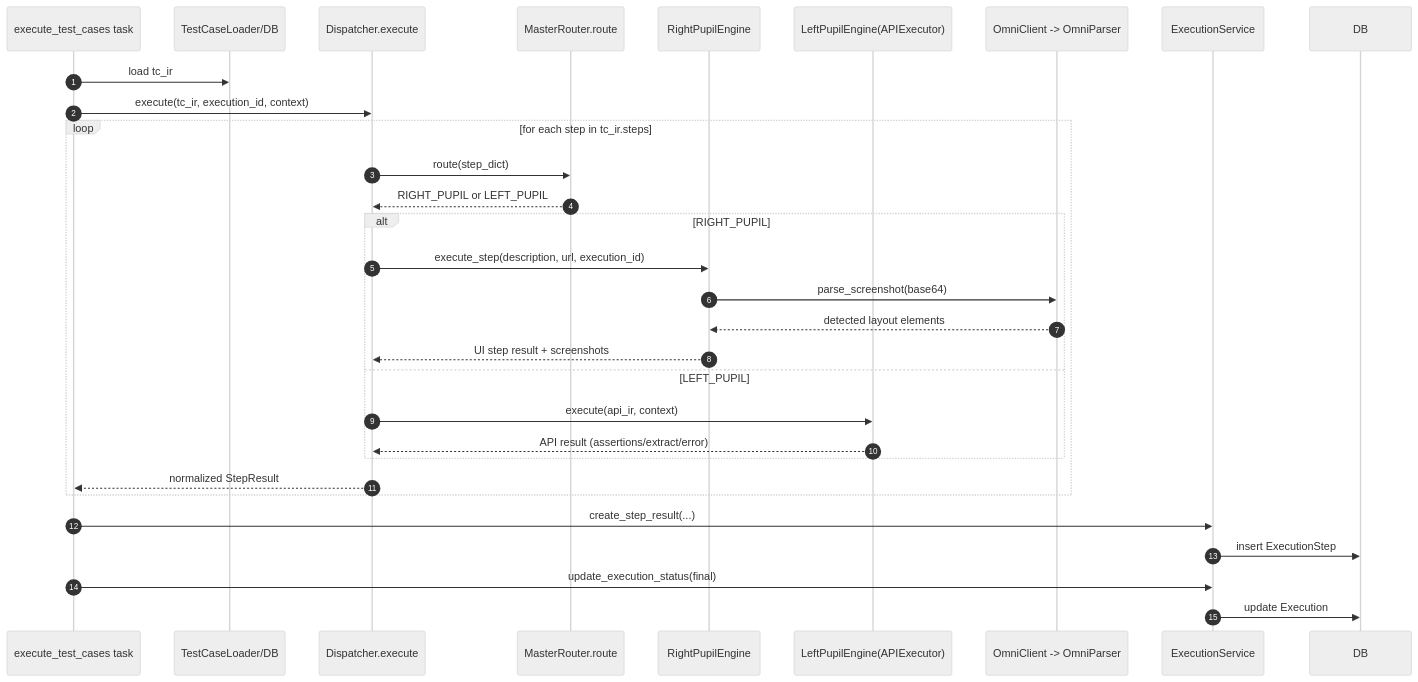
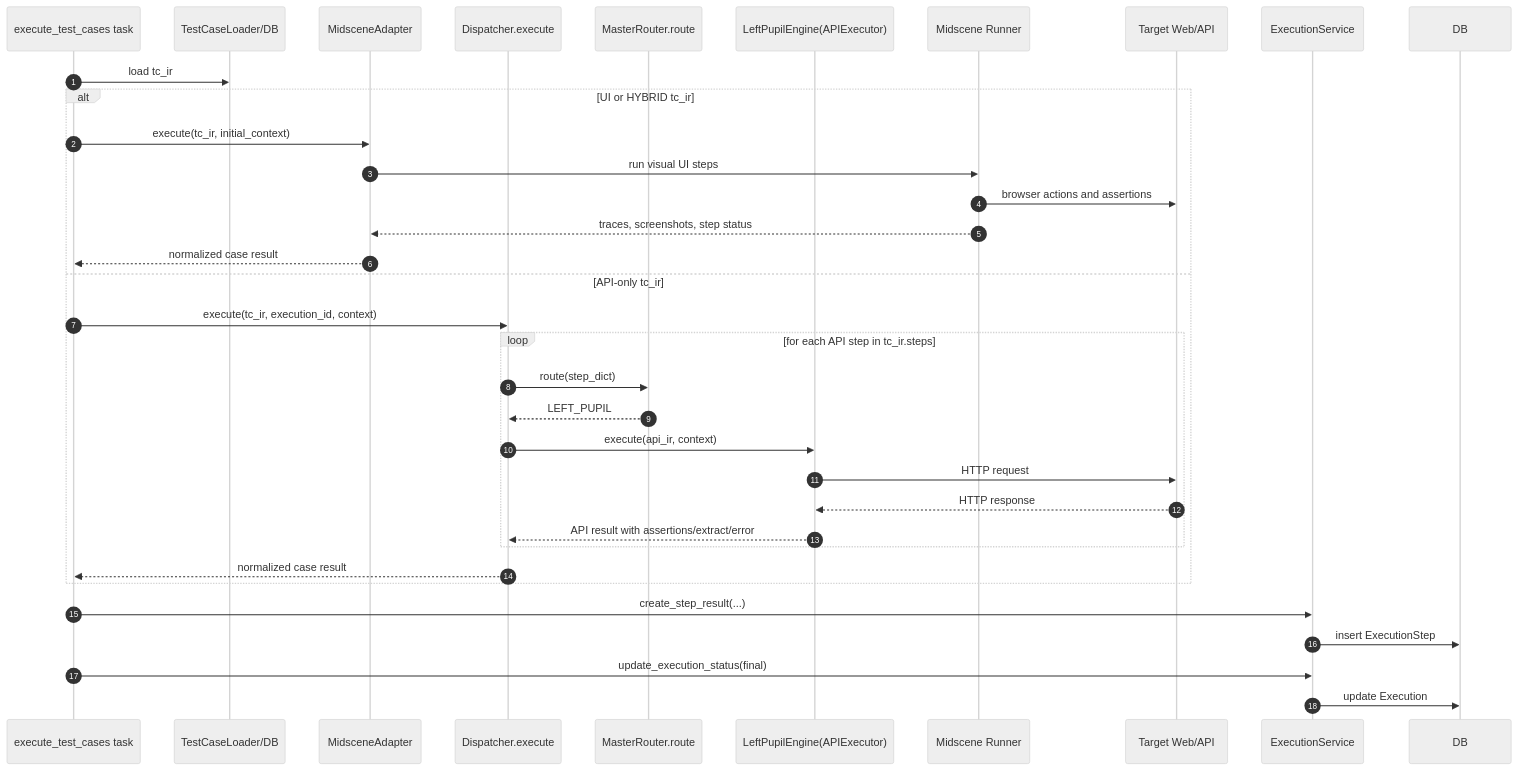
The diagram in docs/diagrams/sequence-dispatcher-branching.mmd (Little-H-lying-flat/ChongMing), drawn with Mermaid (neutral theme) before and after one commit. The commit also changed 144 other files, not shown here.

First line of the commit message:
feat: unify visual UI on Midscene and stabilize local launch

```diff
--- a/docs/diagrams/sequence-dispatcher-branching.mmd
+++ b/docs/diagrams/sequence-dispatcher-branching.mmd
@@ -1,36 +1,38 @@
 sequenceDiagram
     autonumber
     participant T as execute_test_cases task
     participant L as TestCaseLoader/DB
+    participant M as MidsceneAdapter
     participant D as Dispatcher.execute
     participant MR as MasterRouter.route
-    participant RP as RightPupilEngine
     participant LP as LeftPupilEngine(APIExecutor)
-    participant OP as OmniClient -> OmniParser
+    participant RUN as Midscene Runner
+    participant TARGET as Target Web/API
     participant EX as ExecutionService
     participant DB as DB
 
     T->>L: load tc_ir
-    T->>D: execute(tc_ir, execution_id, context)
 
-    loop for each step in tc_ir.steps
-        D->>MR: route(step_dict)
-        MR-->>D: RIGHT_PUPIL or LEFT_PUPIL
-
-        alt RIGHT_PUPIL
-            D->>RP: execute_step(description, url, execution_id)
-            RP->>OP: parse_screenshot(base64)
-            OP-->>RP: detected layout elements
-            RP-->>D: UI step result + screenshots
-        else LEFT_PUPIL
+    alt UI or HYBRID tc_ir
+        T->>M: execute(tc_ir, initial_context)
+        M->>RUN: run visual UI steps
+        RUN->>TARGET: browser actions and assertions
+        RUN-->>M: traces, screenshots, step status
+        M-->>T: normalized case result
+    else API-only tc_ir
+        T->>D: execute(tc_ir, execution_id, context)
+        loop for each API step in tc_ir.steps
+            D->>MR: route(step_dict)
+            MR-->>D: LEFT_PUPIL
             D->>LP: execute(api_ir, context)
-            LP-->>D: API result (assertions/extract/error)
+            LP->>TARGET: HTTP request
+            TARGET-->>LP: HTTP response
+            LP-->>D: API result with assertions/extract/error
         end
-
-        D-->>T: normalized StepResult
+        D-->>T: normalized case result
     end
 
     T->>EX: create_step_result(...)
     EX->>DB: insert ExecutionStep
     T->>EX: update_execution_status(final)
     EX->>DB: update Execution
```
